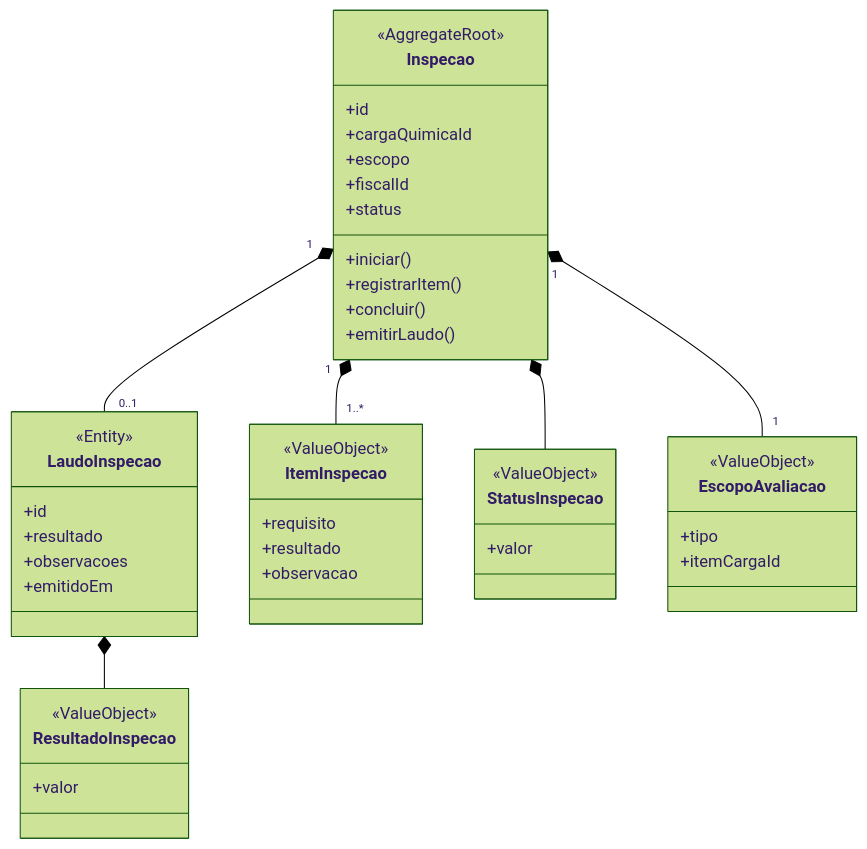
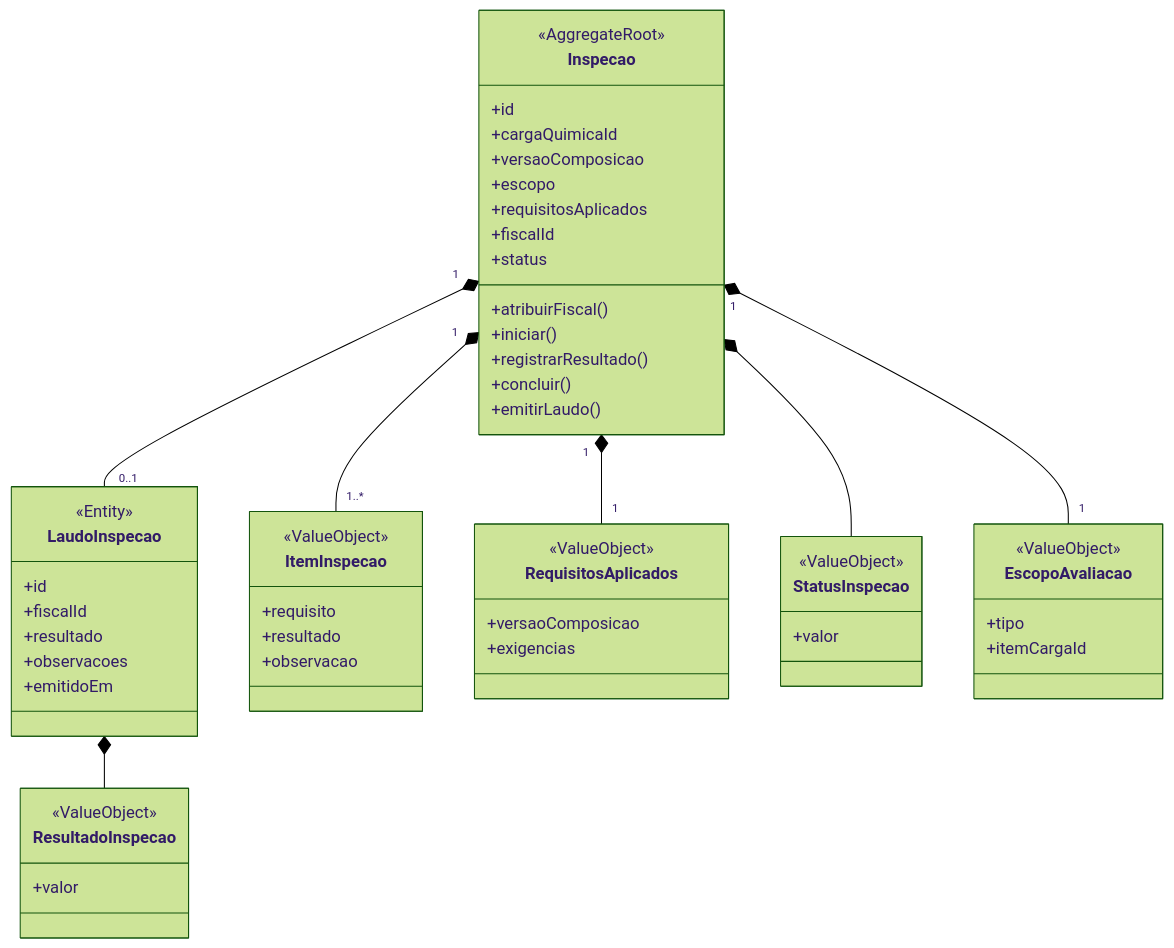
One commit to TechChallengeFiap/Quimovia changed the fifth of 6 diagrams in docs/02-modelagem-com-ddd.md. Above: the diagram before and after it, drawn with Mermaid (forest theme). The commit also changed other lines of this file, not shown here.

````diff
--- a/docs/02-modelagem-com-ddd.md
+++ b/docs/02-modelagem-com-ddd.md
@@ -246,52 +340,64 @@
 ```mermaid
 classDiagram
+    direction TB
     class Inspecao {
         <<AggregateRoot>>
         +id
         +cargaQuimicaId
+        +versaoComposicao
         +escopo
+        +requisitosAplicados
         +fiscalId
         +status
+        +atribuirFiscal()
         +iniciar()
-        +registrarItem()
+        +registrarResultado()
         +concluir()
         +emitirLaudo()
     }
 
     class LaudoInspecao {
         <<Entity>>
         +id
+        +fiscalId
         +resultado
         +observacoes
         +emitidoEm
     }
 
     class ItemInspecao {
         <<ValueObject>>
         +requisito
         +resultado
         +observacao
+    }
+
+    class RequisitosAplicados {
+        <<ValueObject>>
+        +versaoComposicao
+        +exigencias
     }
 
     class StatusInspecao {
         <<ValueObject>>
         +valor
     }
 
     class ResultadoInspecao {
         <<ValueObject>>
         +valor
     }
 
     class EscopoAvaliacao {
         <<ValueObject>>
         +tipo
         +itemCargaId
     }
 
     Inspecao "1" *-- "0..1" LaudoInspecao
     Inspecao "1" *-- "1..*" ItemInspecao
+    Inspecao "1" *-- "1" RequisitosAplicados
     Inspecao "1" *-- "1" EscopoAvaliacao
     Inspecao *-- StatusInspecao
     LaudoInspecao *-- ResultadoInspecao
 ```
````
